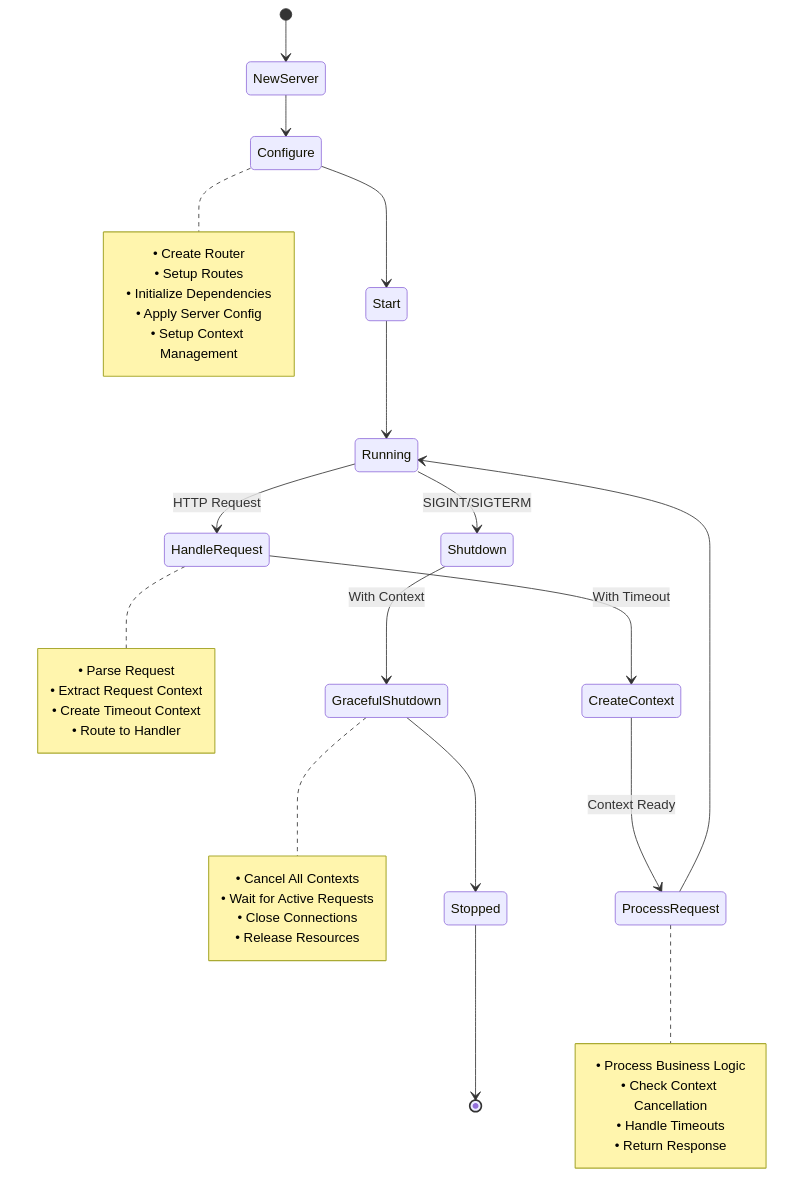
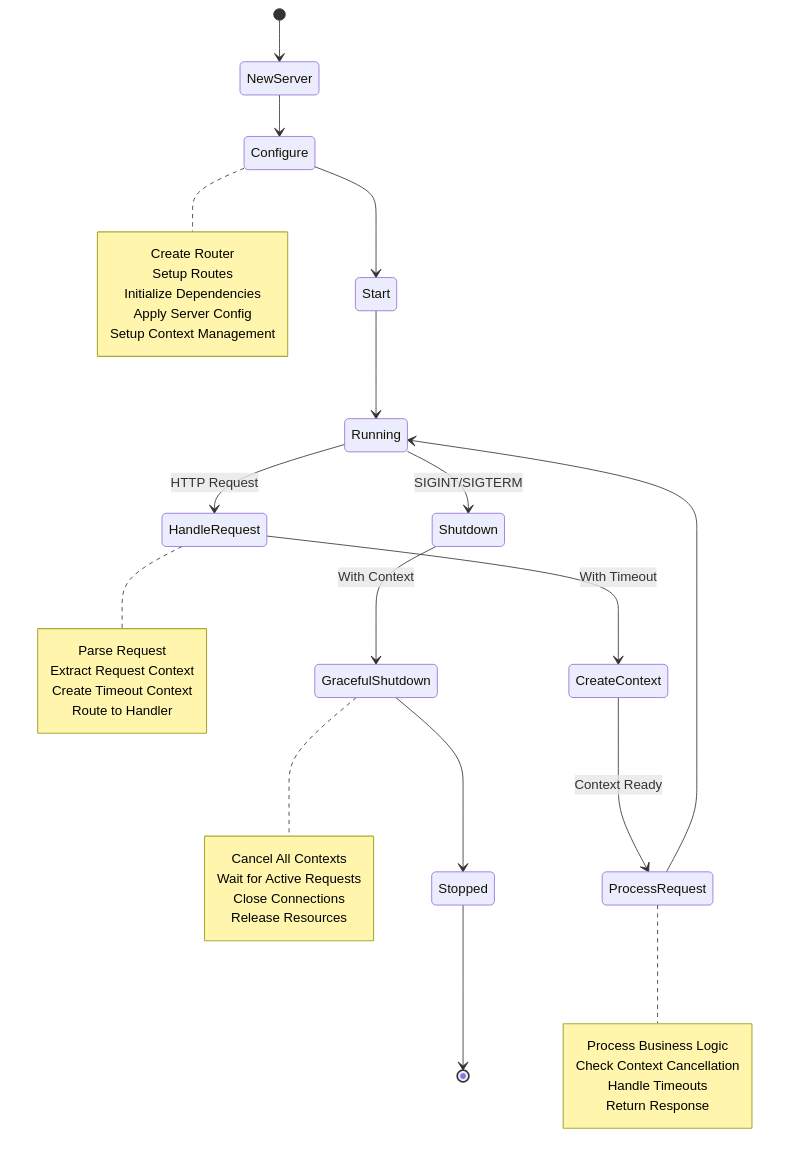
One commit to IgorKilipenko/metrical changed the second of 2 diagrams in internal/httpserver/README.md. Above: the diagram before and after it, drawn with Mermaid. The commit also changed other lines of this file, not shown here.

Commit message:
docs: refine README formatting for clarity and consistency
- Removed bullet points from notes to enhance readability.
- Ensured uniform presentation of context management features and server operations in the documentation.

````diff
--- a/internal/httpserver/README.md
+++ b/internal/httpserver/README.md
@@ -96,46 +96,46 @@
 ```mermaid
 stateDiagram-v2
     [*] --> NewServer
     NewServer --> Configure
     Configure --> Start
     Start --> Running
     
     Running --> HandleRequest : HTTP Request
     HandleRequest --> CreateContext : With Timeout
     CreateContext --> ProcessRequest : Context Ready
     ProcessRequest --> Running
     
     Running --> Shutdown : SIGINT/SIGTERM
     Shutdown --> GracefulShutdown : With Context
     GracefulShutdown --> Stopped
     Stopped --> [*]
     
     note right of Configure
-        • Create Router
-        • Setup Routes
-        • Initialize Dependencies
-        • Apply Server Config
-        • Setup Context Management
+        Create Router
+        Setup Routes
+        Initialize Dependencies
+        Apply Server Config
+        Setup Context Management
     end note
     
     note right of HandleRequest
-        • Parse Request
-        • Extract Request Context
-        • Create Timeout Context
-        • Route to Handler
+        Parse Request
+        Extract Request Context
+        Create Timeout Context
+        Route to Handler
     end note
     
     note right of ProcessRequest
-        • Process Business Logic
-        • Check Context Cancellation
-        • Handle Timeouts
-        • Return Response
+        Process Business Logic
+        Check Context Cancellation
+        Handle Timeouts
+        Return Response
     end note
     
     note right of GracefulShutdown
-        • Cancel All Contexts
-        • Wait for Active Requests
-        • Close Connections
-        • Release Resources
+        Cancel All Contexts
+        Wait for Active Requests
+        Close Connections
+        Release Resources
     end note
 ```
````
